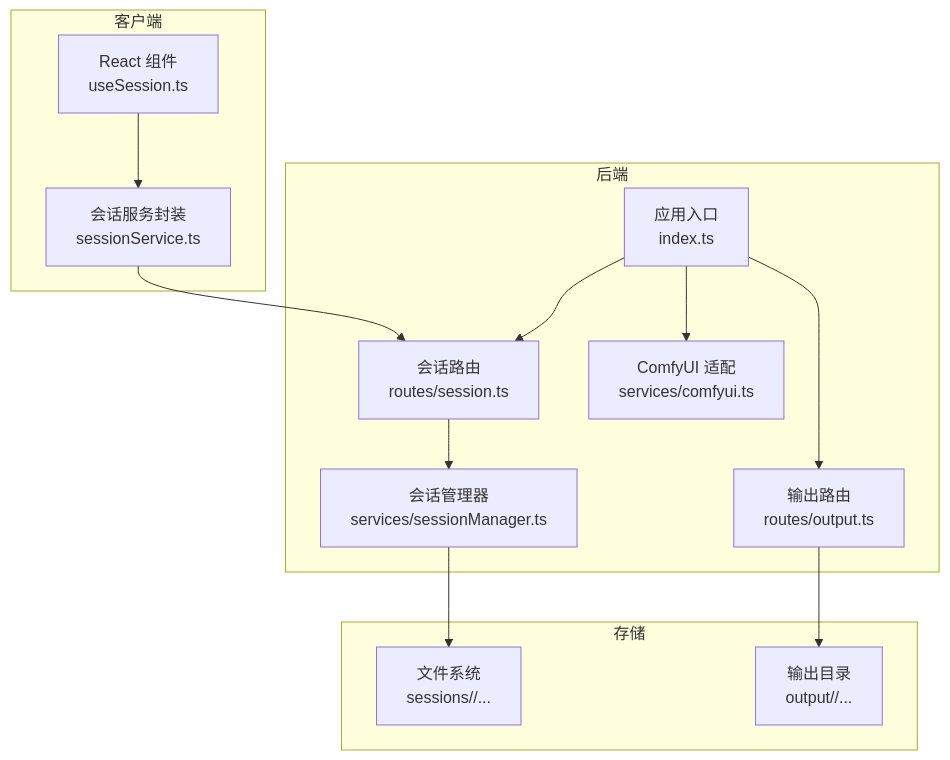
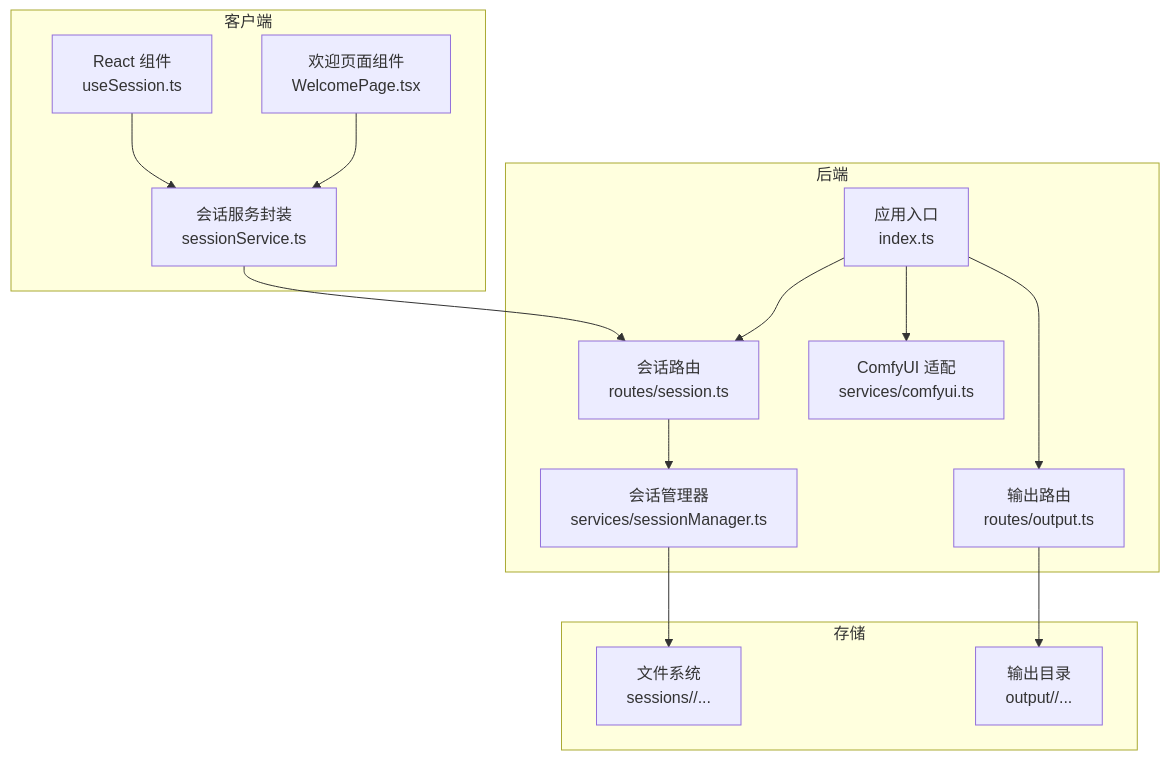
Before and after one commit to billye220670/CorineKit_Pix2Real: the first of 3 diagrams in .qoder/repowiki/zh/content/会话管理/会话 API.md, drawn with Mermaid. The commit also changed other lines of this file and 33 other files, not shown here.

````diff
--- a/.qoder/repowiki/zh/content/会话管理/会话 API.md
+++ b/.qoder/repowiki/zh/content/会话管理/会话 API.md
@@ -42,26 +43,28 @@
 ```mermaid
 graph TB
 subgraph "客户端"
 UI["React 组件<br/>useSession.ts"]
 SS["会话服务封装<br/>sessionService.ts"]
+WP["欢迎页面组件<br/>WelcomePage.tsx"]
 end
 subgraph "后端"
 R["会话路由<br/>routes/session.ts"]
 SM["会话管理器<br/>services/sessionManager.ts"]
 IDX["应用入口<br/>index.ts"]
 OUT["输出路由<br/>routes/output.ts"]
 CUI["ComfyUI 适配<br/>services/comfyui.ts"]
 end
 subgraph "存储"
 FS["文件系统<br/>sessions/<sessionId>/..."]
 OB["输出目录<br/>output/<workflowId>/..."]
 end
 UI --> SS
 SS --> R
+WP --> SS
 R --> SM
 IDX --> R
 IDX --> OUT
 IDX --> CUI
 SM --> FS
 OUT --> OB
 ```
````
